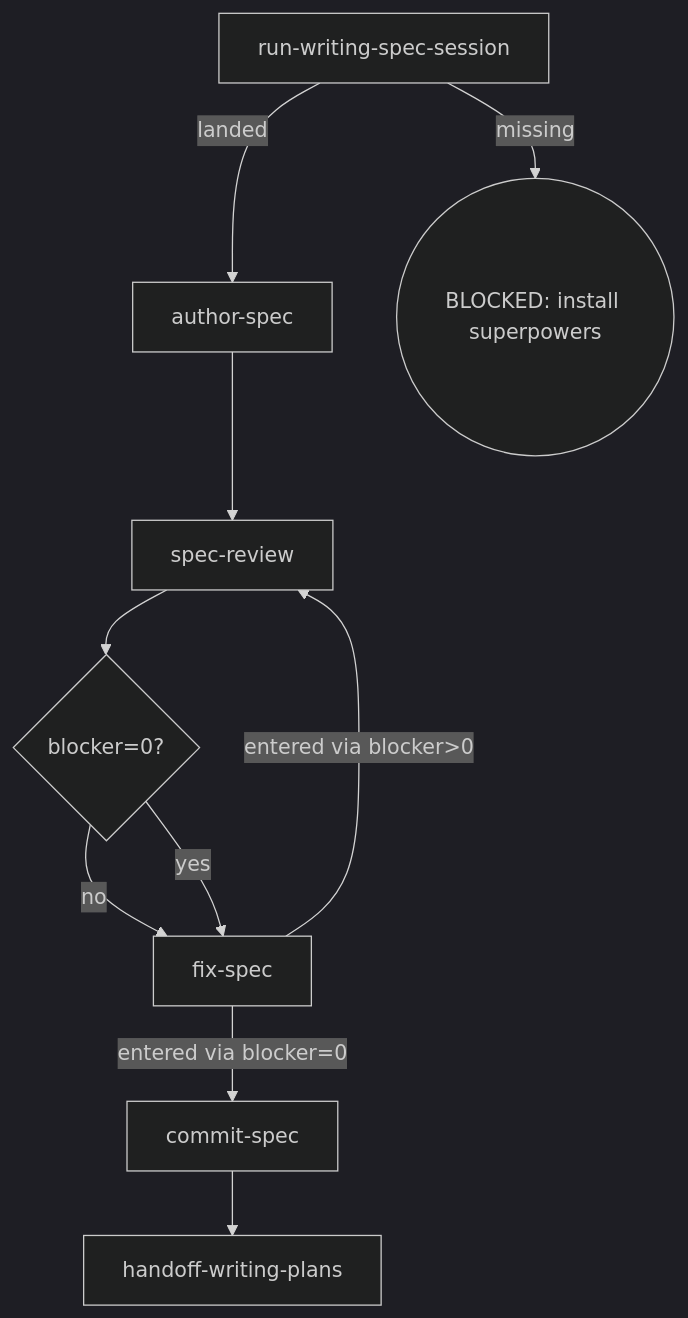
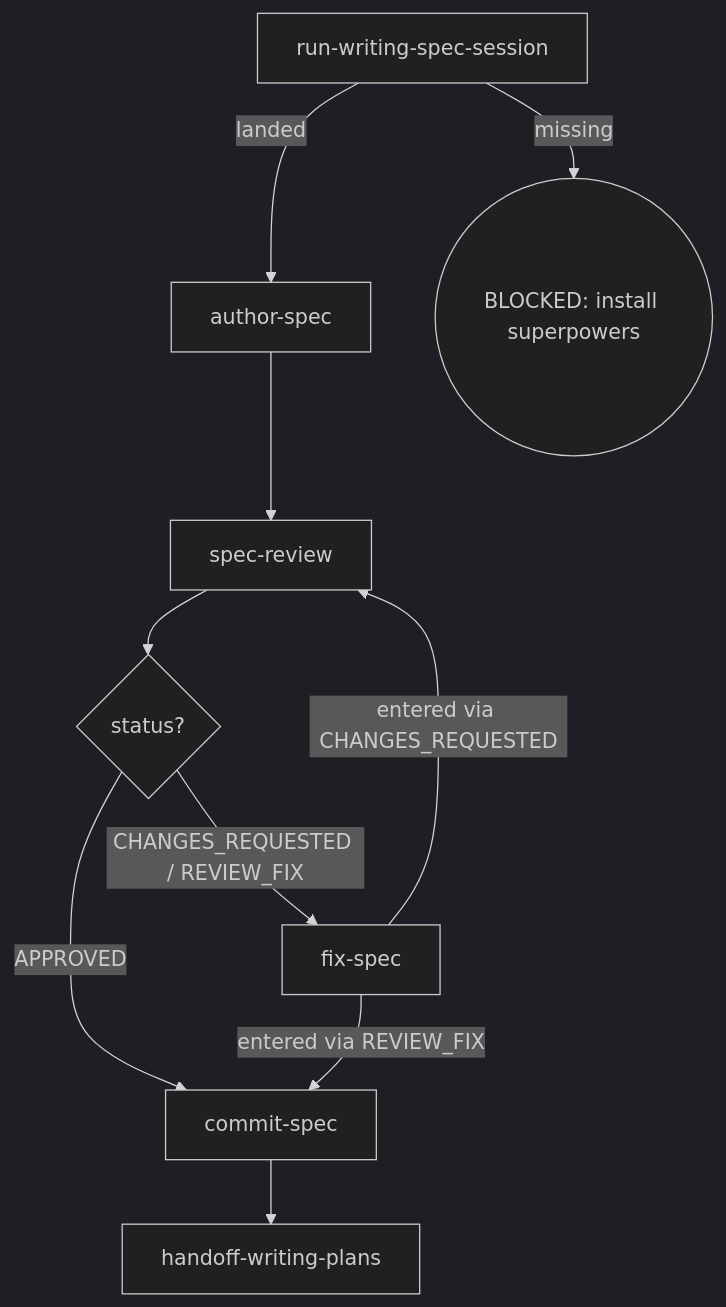
One commit to Oscaner/skills changed the diagram in packages/osuperpowers/skills/writing-single-spec/SKILL.md. Above: the diagram before and after it, drawn with Mermaid (dark theme). The commit also changed other lines of this file and 10 other files, not shown here.

````diff
--- a/packages/osuperpowers/skills/writing-single-spec/SKILL.md
+++ b/packages/osuperpowers/skills/writing-single-spec/SKILL.md
@@ -12,12 +12,12 @@
 ```mermaid
 flowchart TD
   A[run-writing-spec-session] -->|landed| C[author-spec]
   A -->|missing| Z1((BLOCKED: install superpowers))
   C --> D[spec-review]
-  D --> E{blocker=0?}
-  E -->|no| F[fix-spec]
-  E -->|yes| F
-  F -->|entered via blocker>0| D
-  F -->|entered via blocker=0| H[commit-spec]
+  D --> E{status?}
+  E -->|CHANGES_REQUESTED / REVIEW_FIX| F[fix-spec]
+  E -->|APPROVED| H[commit-spec]
+  F -->|entered via CHANGES_REQUESTED| D
+  F -->|entered via REVIEW_FIX| H[commit-spec]
   H --> I[handoff-writing-plans]
 ```
````
